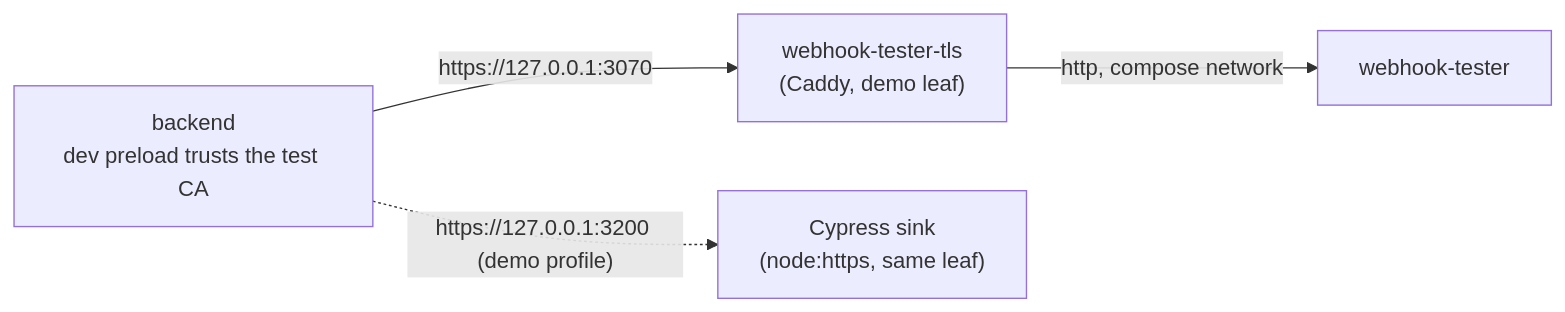
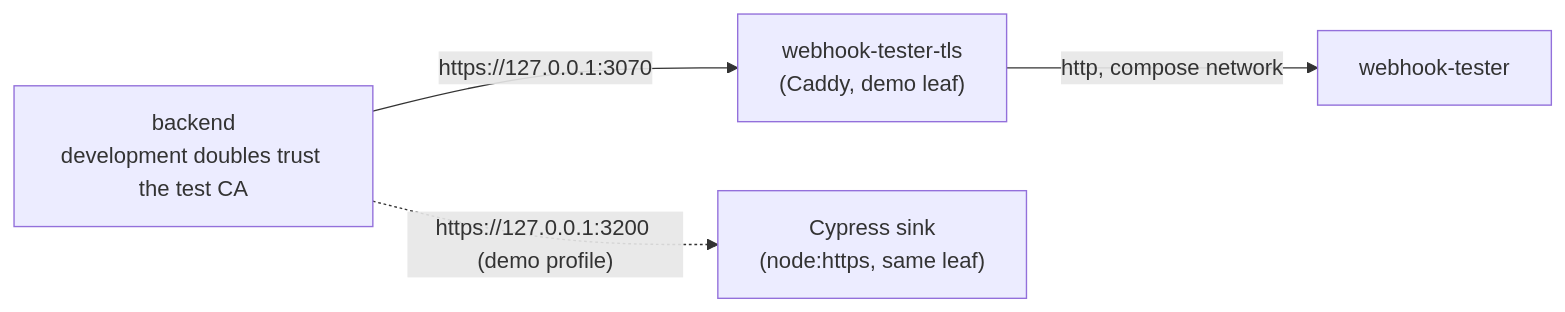
The fourth of 4 diagrams in docs/modules/webhooks.md (Guebbit/boilerplate-node-backend), drawn with Mermaid before and after one commit. The commit also changed other lines of this file and 47 other files, not shown here.

First line of the commit message:
refactor(config): a development process loads the dev doubles at boot, not through a preload

````diff
--- a/docs/modules/webhooks.md
+++ b/docs/modules/webhooks.md
@@ -274,6 +274,6 @@
 ```mermaid
 flowchart LR
-    B["backend<br/>dev preload trusts the test CA"] -->|"https://127.0.0.1:3070"| P["webhook-tester-tls<br/>(Caddy, demo leaf)"]
+    B["backend<br/>development doubles trust the test CA"] -->|"https://127.0.0.1:3070"| P["webhook-tester-tls<br/>(Caddy, demo leaf)"]
     P -->|"http, compose network"| T["webhook-tester"]
     B -.->|"https://127.0.0.1:3200 (demo profile)"| C["Cypress sink<br/>(node:https, same leaf)"]
 ```
````
